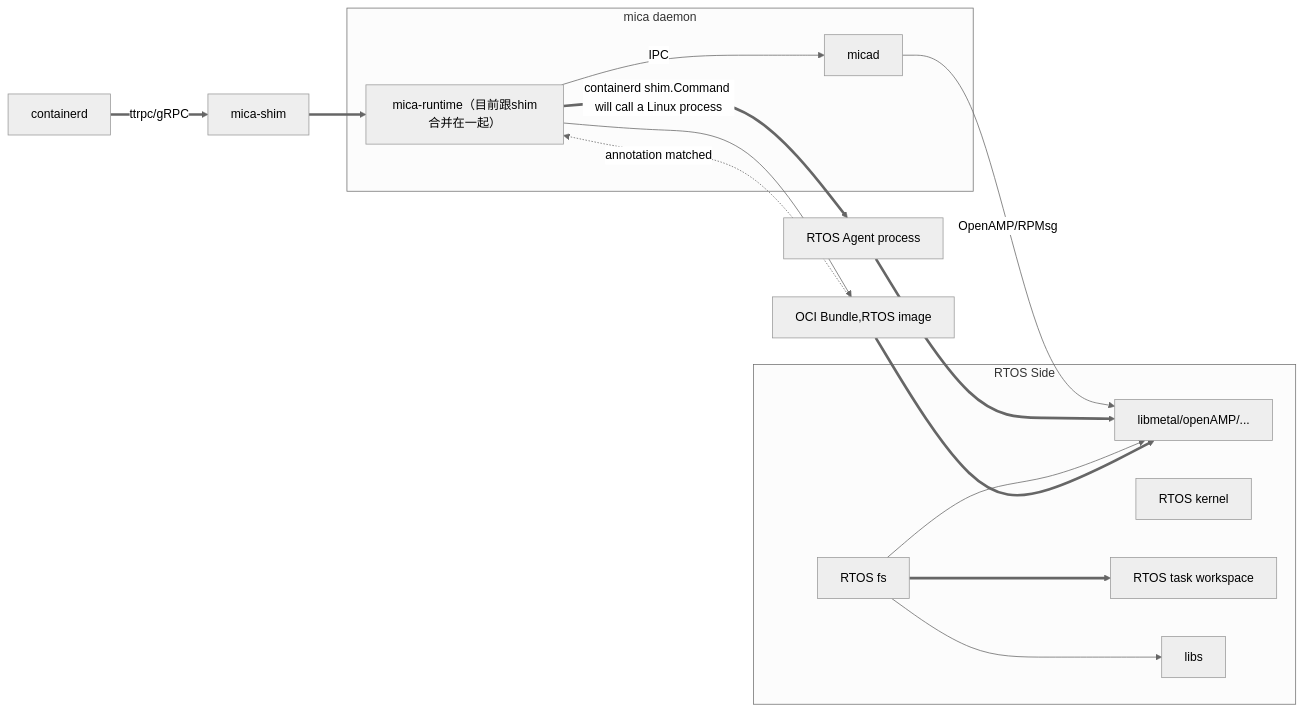
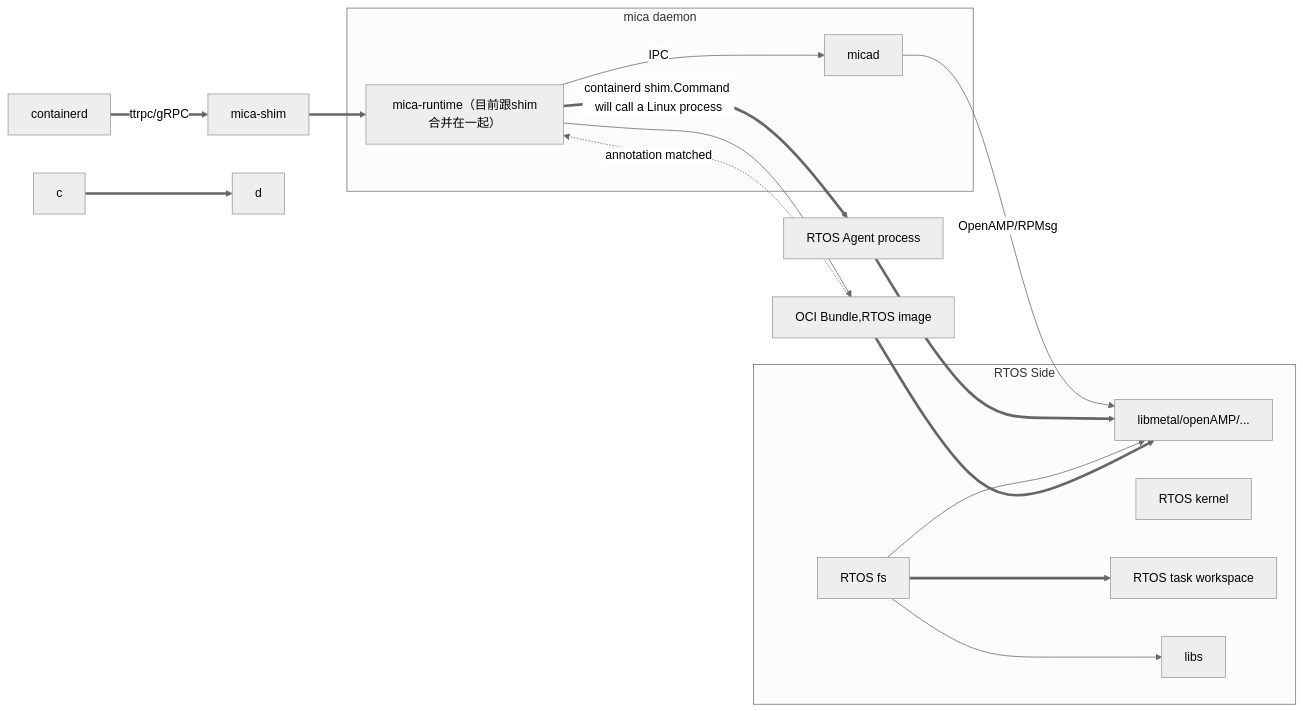
One commit to Egg12138/iodraw-files changed the diagram in all/未命名.md. Above: the diagram before and after it, drawn with Mermaid (neutral theme).

Commit message:
2025-06-23 09:23:04 update

````diff
--- a/all/未命名.md
+++ b/all/未命名.md
@@ -1,25 +1,25 @@
 ```mermaid
 graph LR
     CD[containerd] ==>|ttrpc/gRPC| S
     S[mica-shim] ==> MR
     MR[mica-runtime（目前跟shim合并在一起）] -->|IPC| A[micad]
     MR -->C[OCI Bundle,RTOS image]
     MR ==>|containerd shim.Command will call a Linux process|AG[RTOS Agent process]
     A -->|OpenAMP/RPMsg| B[RTOS Remote Core]
     C -.->|annotation matched| MR
     AG ==>B
     subgraph RTOS Side
         K[RTOS kernel]
         B[libmetal/openAMP/...]
         D[RTOS fs] ==> E
         D --> L[libs]
         D --> B
         E[RTOS task workspace]
     end
     C==>B
-    
+    c==>d
     subgraph mica daemon
         A
         MR
     end
 ```
````
